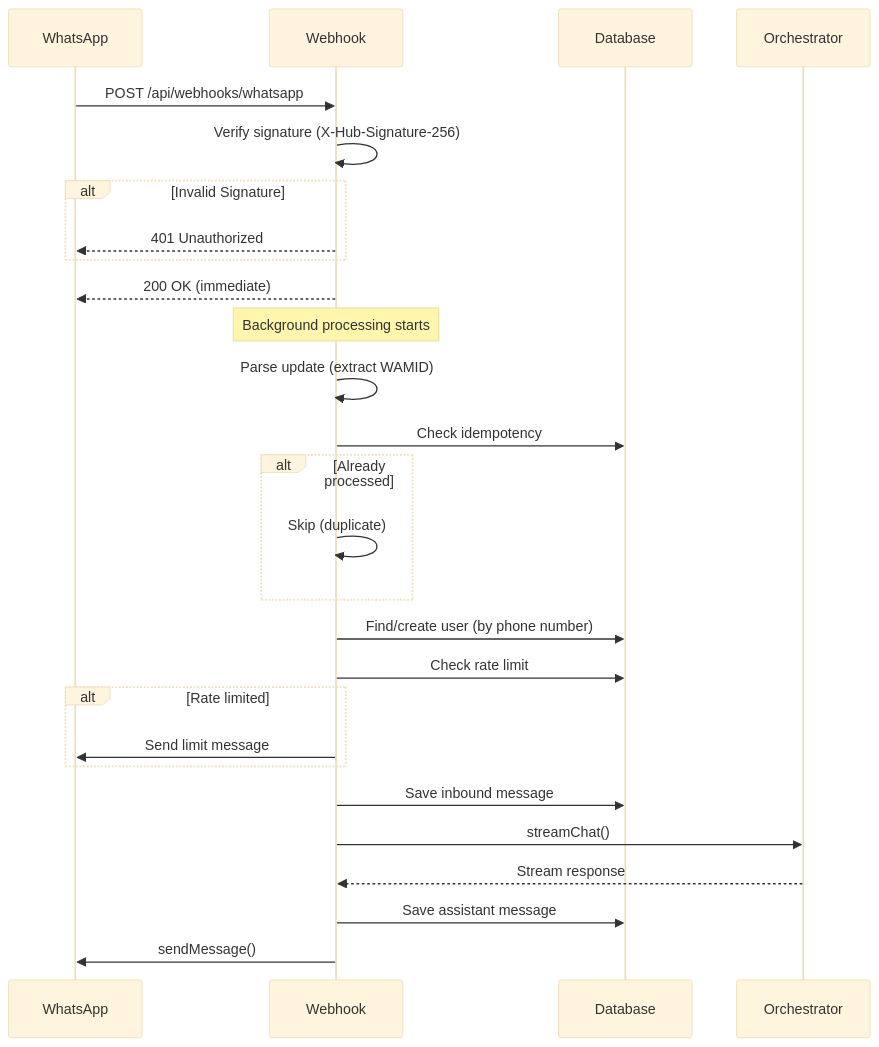
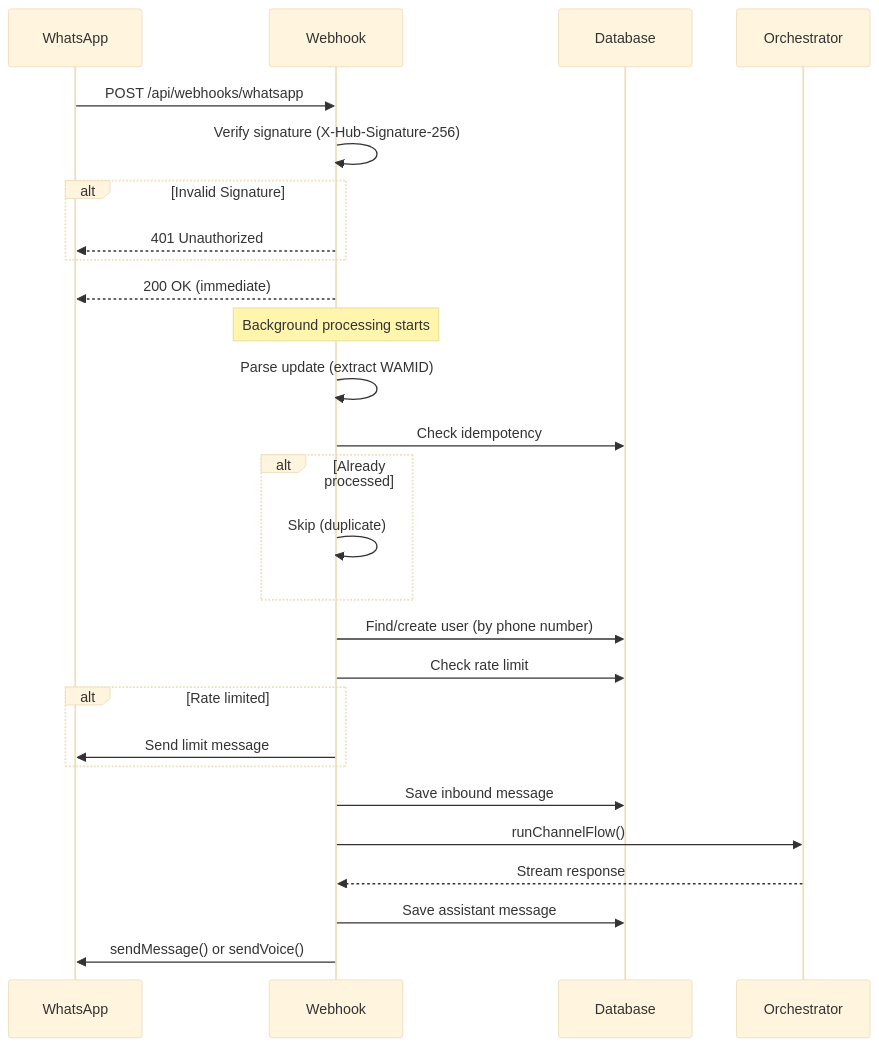
The second of 7 diagrams in docs/whatsapp-webhook.md (KovD3v/anthon-2.0), drawn with Mermaid (base theme) before and after one commit. The commit also changed other lines of this file and 45 other files, not shown here.

````diff
--- a/docs/whatsapp-webhook.md
+++ b/docs/whatsapp-webhook.md
@@ -38,38 +40,38 @@
 ```mermaid
 sequenceDiagram
     participant WA as WhatsApp
     participant WH as Webhook
     participant DB as Database
     participant AI as Orchestrator
 
     WA->>WH: POST /api/webhooks/whatsapp
     WH->>WH: Verify signature (X-Hub-Signature-256)
 
     alt Invalid Signature
         WH-->>WA: 401 Unauthorized
     end
 
     WH-->>WA: 200 OK (immediate)
 
     Note over WH: Background processing starts
 
     WH->>WH: Parse update (extract WAMID)
     WH->>DB: Check idempotency
 
     alt Already processed
         WH->>WH: Skip (duplicate)
     end
 
     WH->>DB: Find/create user (by phone number)
     WH->>DB: Check rate limit
 
     alt Rate limited
         WH->>WA: Send limit message
     end
 
     WH->>DB: Save inbound message
-    WH->>AI: streamChat()
+    WH->>AI: runChannelFlow()
     AI-->>WH: Stream response
     WH->>DB: Save assistant message
-    WH->>WA: sendMessage()
+    WH->>WA: sendMessage() or sendVoice()
 ```
````
